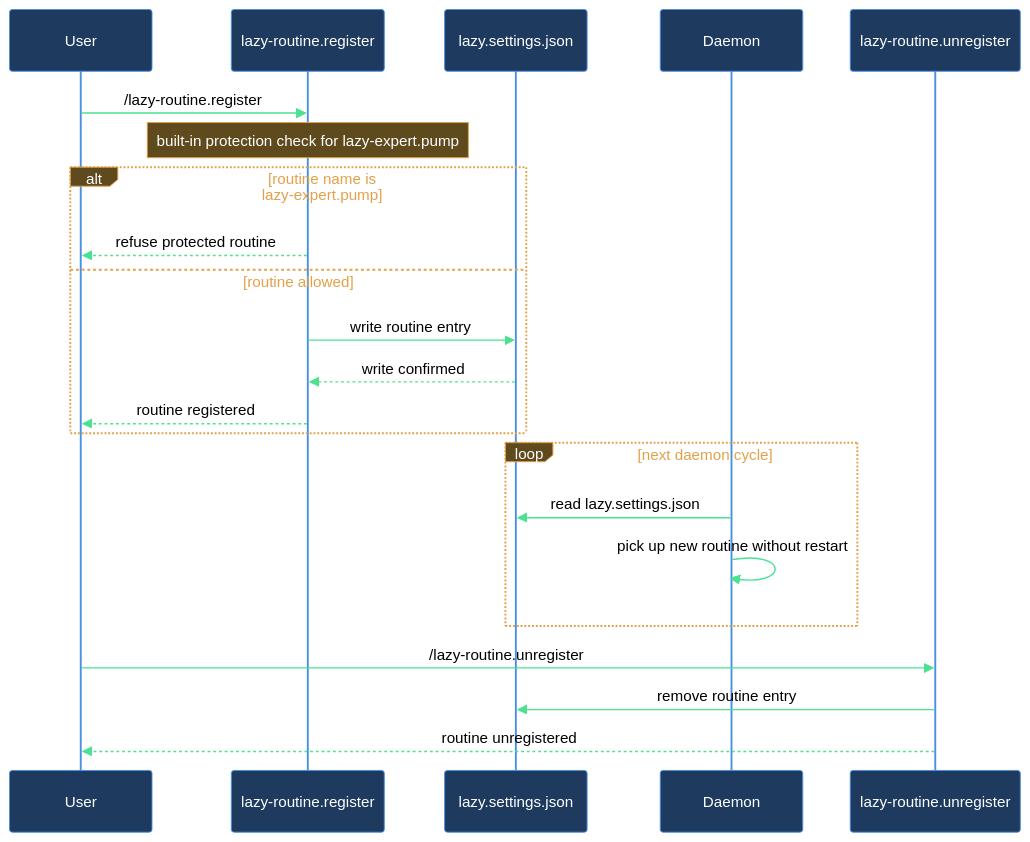
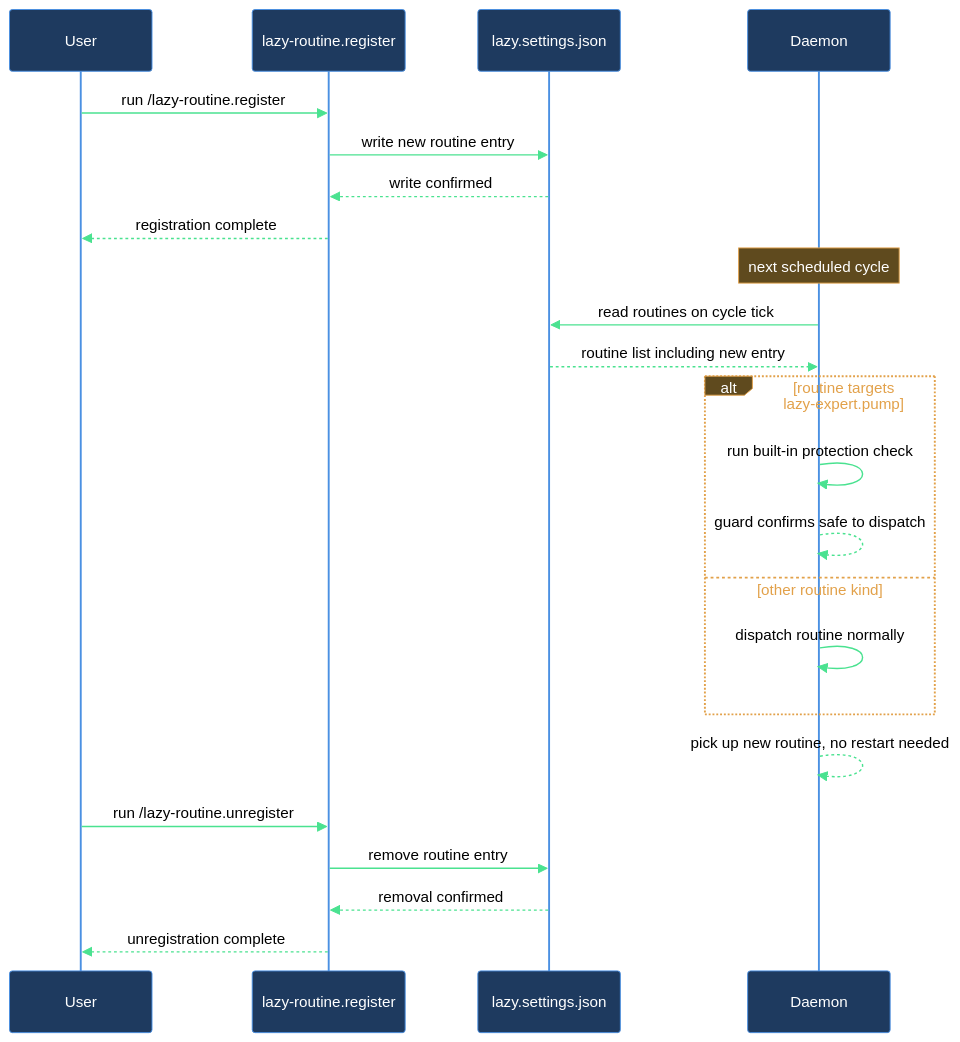
Before and after one commit to mebius-san/lazy-cortex: the diagram in claude/lazycortex-core/help/walkthroughs/setup-routine.md, drawn with Mermaid. The commit also changed other lines of this file and 176 other files, not shown here.

Commit message:
release: core 9.0.0, specs 7.0.0, obsidian 5.0.0, observe 1.0.0, python 4.2.0, review 6.2.3, wiki 2.2.1, experts 1.2.1, diagram 1.1.9

````diff
--- a/claude/lazycortex-core/help/walkthroughs/setup-routine.md
+++ b/claude/lazycortex-core/help/walkthroughs/setup-routine.md
@@ -119,26 +118,27 @@
 ```mermaid
 %%{init: {'themeVariables':{'background':'transparent','primaryColor':'#1e3a5f','primaryBorderColor':'#4a90e2','primaryTextColor':'#fff','lineColor':'#4ae290','actorBkg':'#1e3a5f','actorBorder':'#4a90e2','actorTextColor':'#fff','actorLineColor':'#4a90e2','signalColor':'#4ae290','signalTextColor':'#000','noteBkgColor':'#5f4a1e','noteBorderColor':'#e2a14a','noteTextColor':'#fff','labelBoxBkgColor':'#5f4a1e','labelBoxBorderColor':'#e2a14a','labelTextColor':'#fff','loopTextColor':'#e2a14a'},'sequence':{'diagramPadding':5,'useMaxWidth':true}}}%%
 sequenceDiagram
   participant user as User
-  participant registerSkill as lazy-routine.register
-  participant settingsFile as lazy.settings.json
+  participant skill as lazy-routine.register
+  participant settings as lazy.settings.json
   participant daemon as Daemon
-  participant unregisterSkill as lazy-routine.unregister
 
-  user->>registerSkill: /lazy-routine.register
-  Note over registerSkill: built-in protection check for lazy-expert.pump
-  alt routine name is lazy-expert.pump
-    registerSkill-->>user: refuse protected routine
-  else routine allowed
-    registerSkill->>settingsFile: write routine entry
-    settingsFile-->>registerSkill: write confirmed
-    registerSkill-->>user: routine registered
+  user->>skill: run /lazy-routine.register
+  skill->>settings: write new routine entry
+  settings-->>skill: write confirmed
+  skill-->>user: registration complete
+  Note over daemon: next scheduled cycle
+  daemon->>settings: read routines on cycle tick
+  settings-->>daemon: routine list including new entry
+  alt routine targets lazy-expert.pump
+    daemon->>daemon: run built-in protection check
+    daemon-->>daemon: guard confirms safe to dispatch
+  else other routine kind
+    daemon->>daemon: dispatch routine normally
   end
-  loop next daemon cycle
-    daemon->>settingsFile: read lazy.settings.json
-    daemon->>daemon: pick up new routine without restart
-  end
-  user->>unregisterSkill: /lazy-routine.unregister
-  unregisterSkill->>settingsFile: remove routine entry
-  unregisterSkill-->>user: routine unregistered
+  daemon-->>daemon: pick up new routine, no restart needed
+  user->>skill: run /lazy-routine.unregister
+  skill->>settings: remove routine entry
+  settings-->>skill: removal confirmed
+  skill-->>user: unregistration complete
 ```
````
